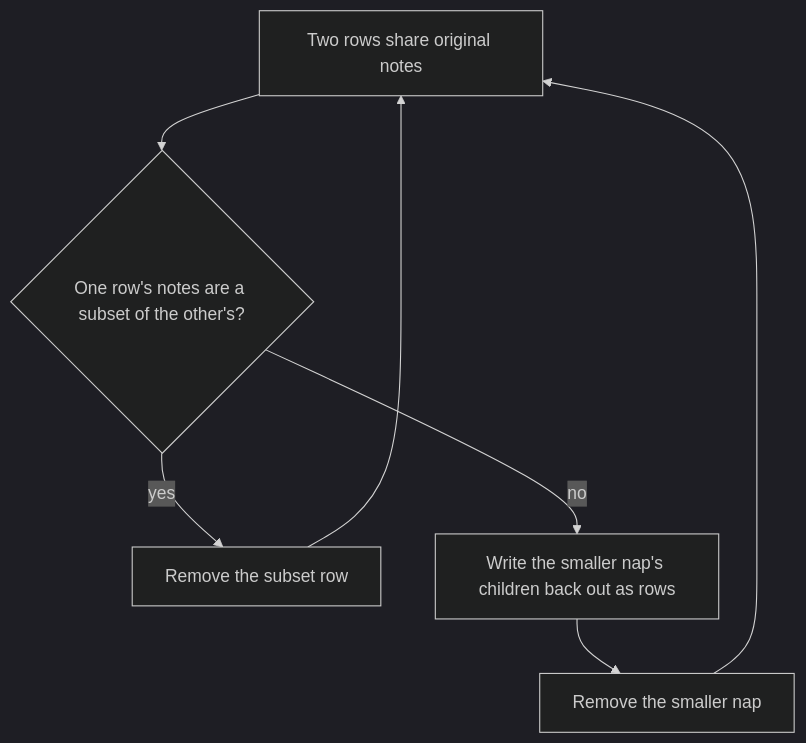
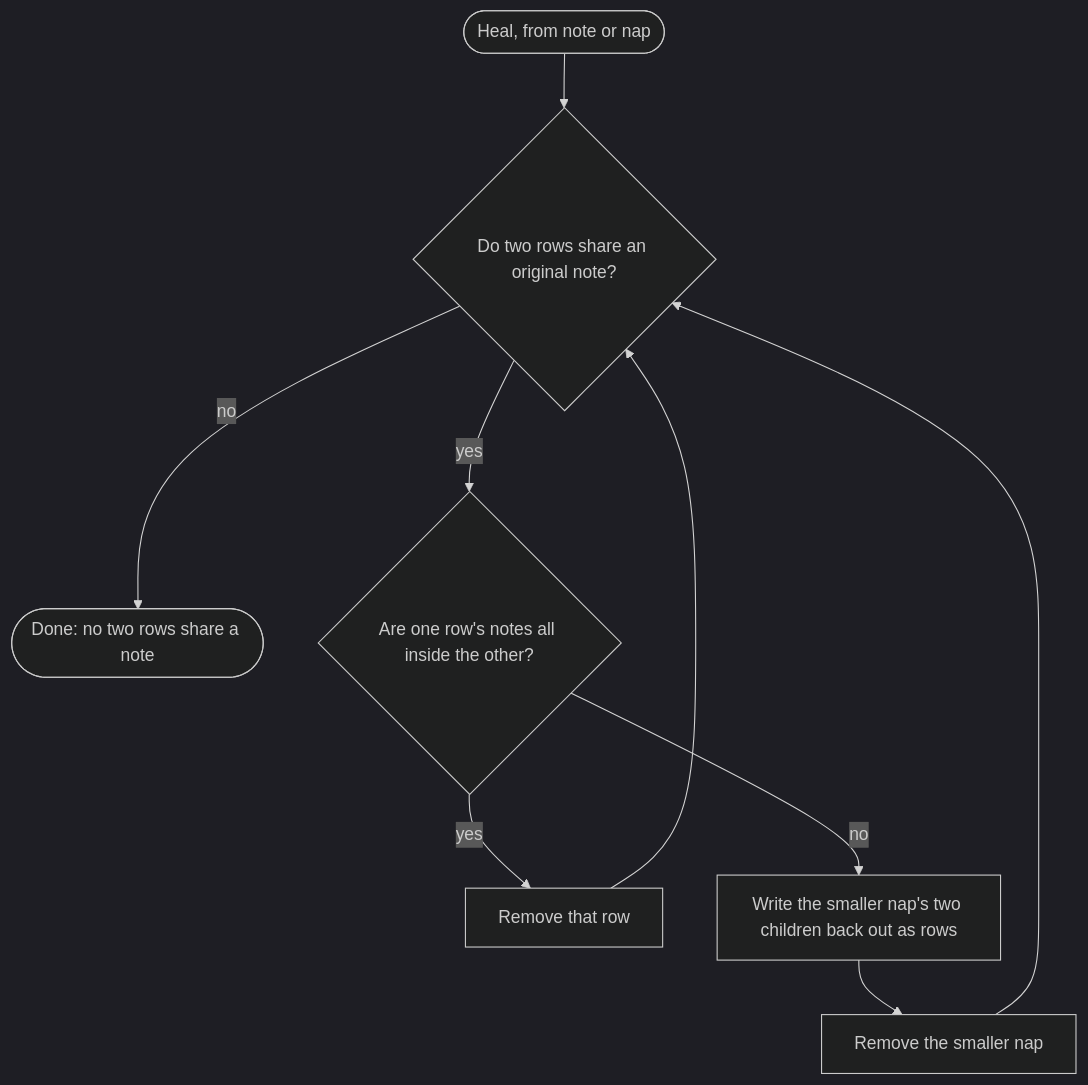
One commit to Texarkanine/SumMem changed the diagram in docs/architecture/healing.md. Above: the diagram before and after it, drawn with Mermaid (dark theme). The commit also changed other lines of this file and 7 other files, not shown here.

````diff
--- a/docs/architecture/healing.md
+++ b/docs/architecture/healing.md
@@ -21,9 +22,11 @@
 ```mermaid
 flowchart TD
-    Share["Two rows share original notes"] --> Sub{"One row's notes are a subset of the other's?"}
-    Sub -->|yes| Drop["Remove the subset row"]
-    Sub -->|no| Kids["Write the smaller nap's children back out as rows"]
+    Start(["Heal, from note or nap"]) --> Share{"Do two rows share an original note?"}
+    Share -->|no| Done(["Done: no two rows share a note"])
+    Share -->|yes| Sub{"Are one row's notes all inside the other?"}
+    Sub -->|yes| Drop["Remove that row"]
+    Sub -->|no| Kids["Write the smaller nap's two children back out as rows"]
     Kids --> Unlink["Remove the smaller nap"]
     Drop --> Share
     Unlink --> Share
 ```
````
